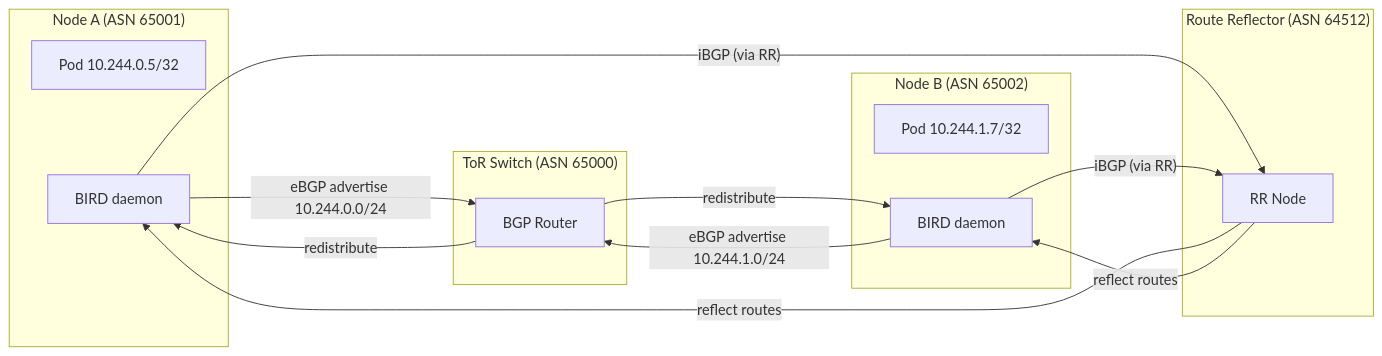
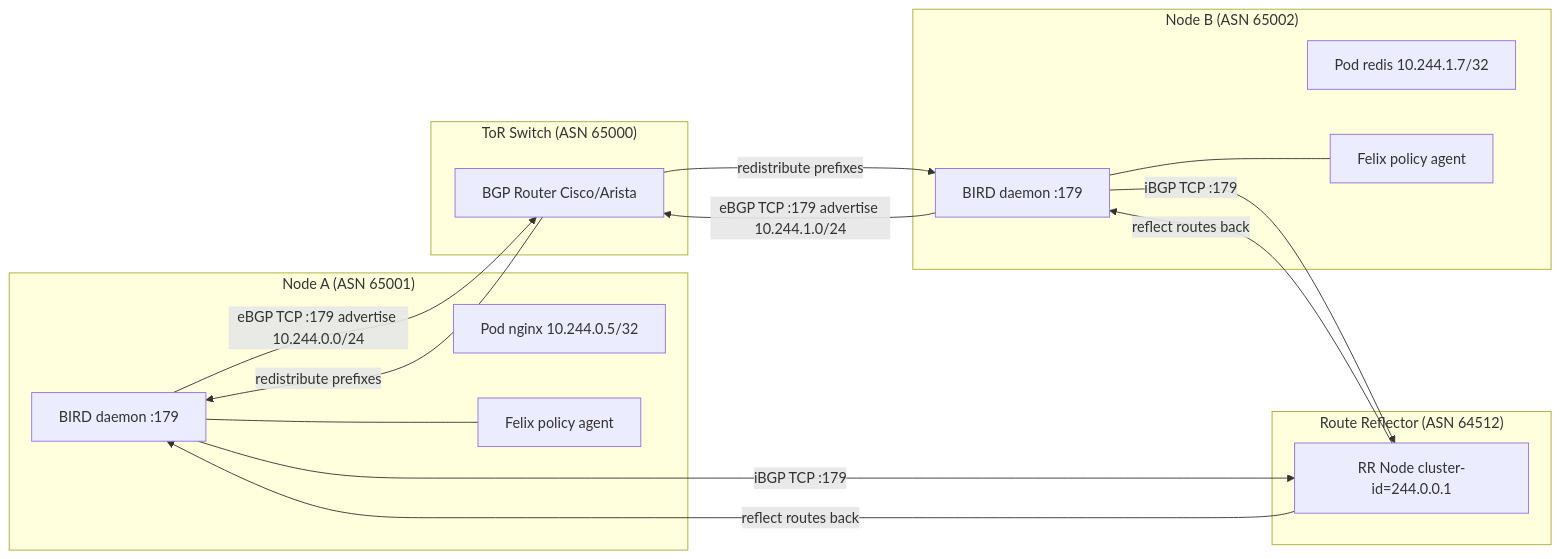
The first of 4 diagrams in lessons/06-bgp-fundamentals.md (MykolaLebid/Kubernetes_networking_engineering), drawn with Mermaid before and after one commit. The commit also changed other lines of this file and 35 other files, not shown here.

First line of the commit message:
Restructure all 34 lessons: Theory/Practice split, richer diagrams, industry examples, navigation

````diff
--- a/lessons/06-bgp-fundamentals.md
+++ b/lessons/06-bgp-fundamentals.md
@@ -44,26 +33,30 @@
 ```mermaid
 flowchart LR
     subgraph node_a["Node A (ASN 65001)"]
-        PA[Pod 10.244.0.5/32]
-        BIRD_A[BIRD daemon]
+        PA["Pod nginx 10.244.0.5/32"]
+        BIRD_A["BIRD daemon :179"]
+        FELIX_A["Felix policy agent"]
     end
     subgraph node_b["Node B (ASN 65002)"]
-        PB[Pod 10.244.1.7/32]
-        BIRD_B[BIRD daemon]
+        PB["Pod redis 10.244.1.7/32"]
+        BIRD_B["BIRD daemon :179"]
+        FELIX_B["Felix policy agent"]
     end
     subgraph tor["ToR Switch (ASN 65000)"]
-        TOR[BGP Router]
+        TOR["BGP Router Cisco/Arista"]
     end
     subgraph rr["Route Reflector (ASN 64512)"]
-        RR[RR Node]
+        RR["RR Node cluster-id=244.0.0.1"]
     end
 
-    BIRD_A -- "eBGP advertise 10.244.0.0/24" --> TOR
-    BIRD_B -- "eBGP advertise 10.244.1.0/24" --> TOR
-    TOR -- "redistribute" --> BIRD_A
-    TOR -- "redistribute" --> BIRD_B
-    BIRD_A -- "iBGP (via RR)" --> RR
-    BIRD_B -- "iBGP (via RR)" --> RR
-    RR -- "reflect routes" --> BIRD_A
-    RR -- "reflect routes" --> BIRD_B
+    BIRD_A --"eBGP TCP :179 advertise 10.244.0.0/24"--> TOR
+    BIRD_B --"eBGP TCP :179 advertise 10.244.1.0/24"--> TOR
+    TOR --"redistribute prefixes"--> BIRD_A
+    TOR --"redistribute prefixes"--> BIRD_B
+    BIRD_A --"iBGP TCP :179"--> RR
+    BIRD_B --"iBGP TCP :179"--> RR
+    RR --"reflect routes back"--> BIRD_A
+    RR --"reflect routes back"--> BIRD_B
+    BIRD_A --- FELIX_A
+    BIRD_B --- FELIX_B
 ```
````
